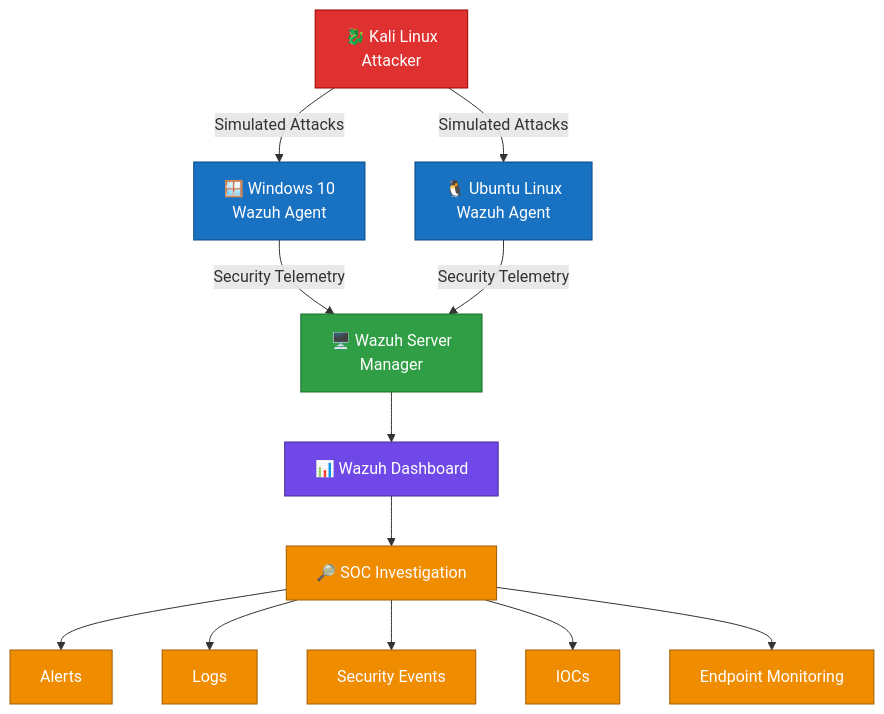
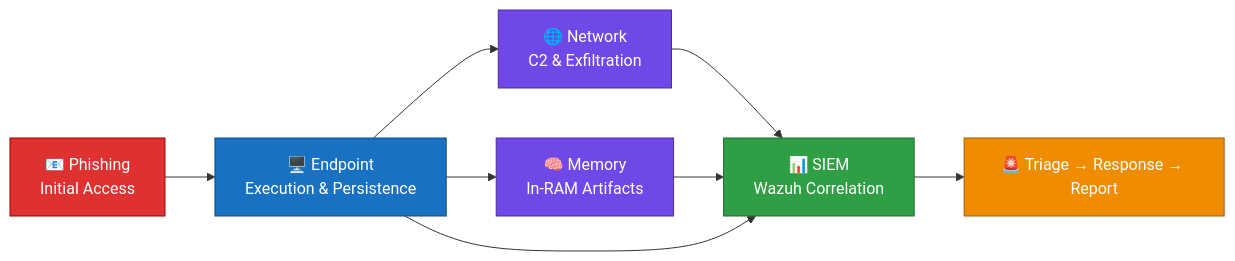
One commit to JeelAnghanSec/SOC-Portfolio changed the diagram in README.md. Above: the diagram before and after it, drawn with Mermaid. The commit also changed other lines of this file, not shown here.

````diff
--- a/README.md
+++ b/README.md
@@ -47,29 +36,21 @@
 ```mermaid
-flowchart TD
-    A["🐉 Kali Linux<br/>Attacker"] -->|Simulated Attacks| B["🪟 Windows 10<br/>Wazuh Agent"]
-    A -->|Simulated Attacks| C["🐧 Ubuntu Linux<br/>Wazuh Agent"]
+flowchart LR
+    P["📧 Phishing<br/>Initial Access"] --> E["🖥️ Endpoint<br/>Execution & Persistence"]
+    E --> N["🌐 Network<br/>C2 & Exfiltration"]
+    E --> M["🧠 Memory<br/>In-RAM Artifacts"]
+    N --> S["📊 SIEM<br/>Wazuh Correlation"]
+    M --> S
+    E --> S
+    S --> R["🚨 Triage → Response → Report"]
 
-    B -->|Security Telemetry| D["🖥️ Wazuh Server<br/>Manager"]
-    C -->|Security Telemetry| D
-
-    D --> E["📊 Wazuh Dashboard"]
-    E --> F["🔎 SOC Investigation"]
-
-    F --> G[Alerts]
-    F --> H[Logs]
-    F --> I[Security Events]
-    F --> J[IOCs]
-    F --> K[Endpoint Monitoring]
-
-    classDef attacker fill:#e03131,color:#fff,stroke:#900,stroke-width:1px;
-    classDef endpoint fill:#1971c2,color:#fff,stroke:#0b4a86,stroke-width:1px;
-    classDef server fill:#2f9e44,color:#fff,stroke:#1b6e2f,stroke-width:1px;
-    classDef dashboard fill:#7048e8,color:#fff,stroke:#4c2d99,stroke-width:1px;
-    classDef investigation fill:#f08c00,color:#fff,stroke:#a35d00,stroke-width:1px;
-
-    class A attacker;
-    class B,C endpoint;
-    class D server;
-    class E dashboard;
-    class F,G,H,I,J,K investigation;
+    classDef a fill:#e03131,color:#fff,stroke:#900;
+    classDef b fill:#1971c2,color:#fff,stroke:#0b4a86;
+    classDef c fill:#7048e8,color:#fff,stroke:#4c2d99;
+    classDef d fill:#2f9e44,color:#fff,stroke:#1b6e2f;
+    classDef f fill:#f08c00,color:#fff,stroke:#a35d00;
+    class P a;
+    class E b;
+    class N,M c;
+    class S d;
+    class R f;
 ```
````
